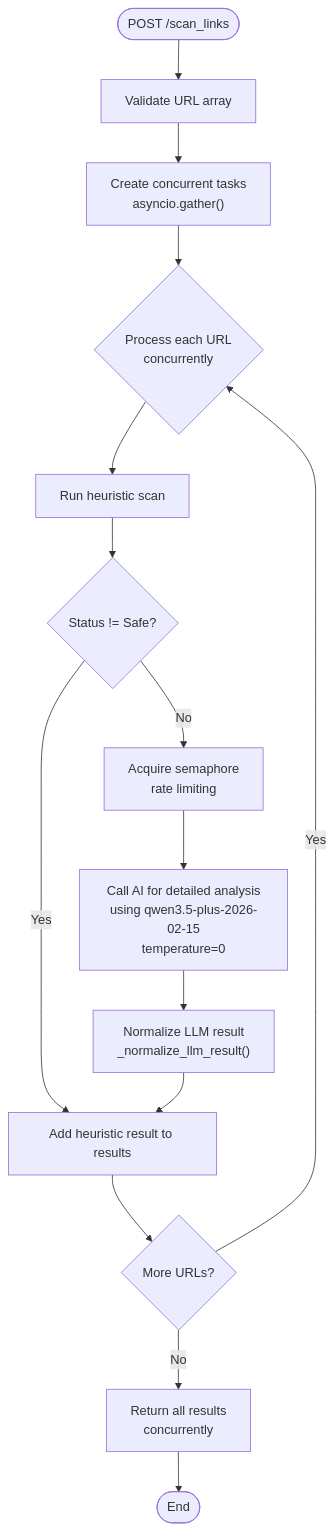
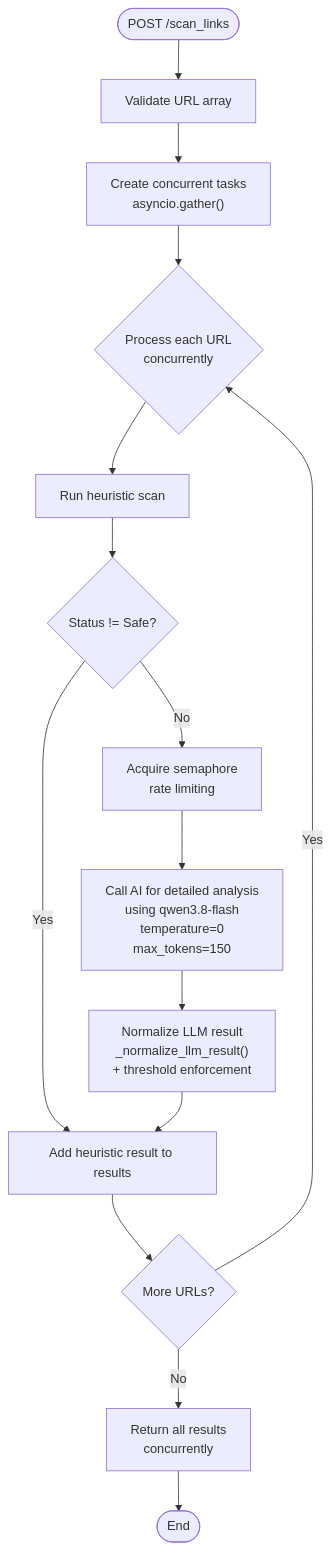
Before and after one commit to Aymanaahh/scrollguard-ai: the fourth of 5 diagrams in .qoder/repowiki/en/content/Backend API Documentation.md, drawn with Mermaid. The commit also changed other lines of this file and 6 other files, not shown here.

````diff
--- a/.qoder/repowiki/en/content/Backend API Documentation.md
+++ b/.qoder/repowiki/en/content/Backend API Documentation.md
@@ -327,17 +335,17 @@
 ```mermaid
 flowchart TD
 Start(["POST /scan_links"]) --> Validate["Validate URL array"]
 Validate --> CreateTasks["Create concurrent tasks<br/>asyncio.gather()"]
 CreateTasks --> Loop{"Process each URL<br/>concurrently"}
 Loop --> Heuristic["Run heuristic scan"]
 Heuristic --> Check{"Status != Safe?"}
 Check --> |Yes| AddResult["Add heuristic result to results"]
 Check --> |No| Semaphore["Acquire semaphore<br/>rate limiting"]
-Semaphore --> CallLLM["Call AI for detailed analysis<br/>using qwen3.5-plus-2026-02-15<br/>temperature=0"]
-CallLLM --> Normalize["Normalize LLM result<br/>_normalize_llm_result()"]
+Semaphore --> CallLLM["Call AI for detailed analysis<br/>using qwen3.8-flash<br/>temperature=0<br/>max_tokens=150"]
+CallLLM --> Normalize["Normalize LLM result<br/>_normalize_llm_result()<br/>+ threshold enforcement"]
 Normalize --> AddResult
 AddResult --> NextURL{"More URLs?"}
 NextURL --> |Yes| Loop
 NextURL --> |No| ReturnResults["Return all results<br/>concurrently"]
 ReturnResults --> End(["End"])
 ```
````
